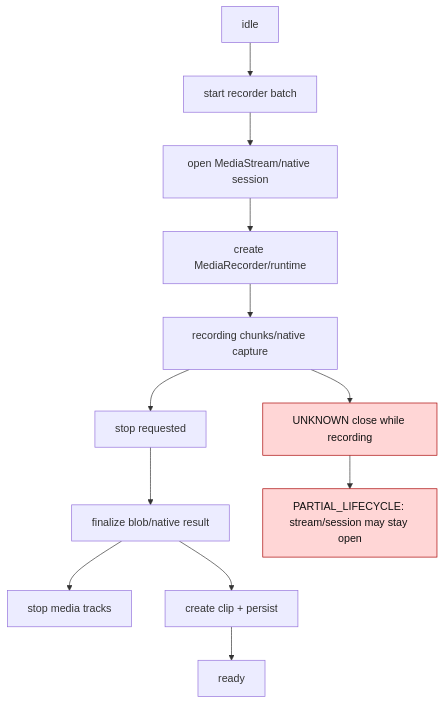
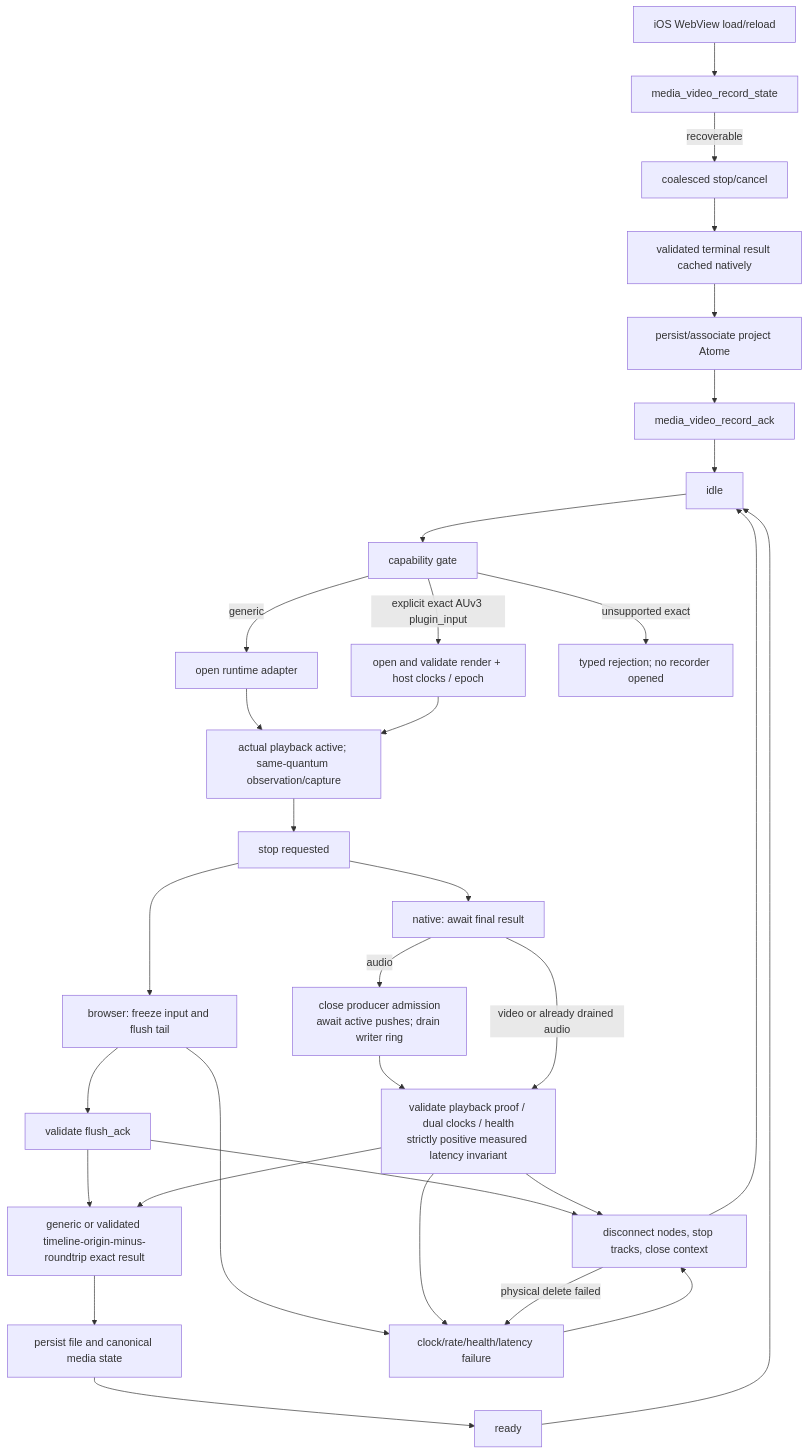
Before and after one commit to atomecorp/a: the diagram in atome/documentations/graphs/media-recording/06-lifecycle-graph.md, drawn with Mermaid. The commit also changed 119 other files, not shown here.

````diff
--- a/atome/documentations/graphs/media-recording/06-lifecycle-graph.md
+++ b/atome/documentations/graphs/media-recording/06-lifecycle-graph.md
@@ -3,16 +3,38 @@
 ```mermaid
 flowchart TD
-  Idle["idle"] --> Start["start recorder batch"]
-  Start --> Streams["open MediaStream/native session"]
-  Streams --> Recorder["create MediaRecorder/runtime"]
-  Recorder --> Recording["recording chunks/native capture"]
+  Idle["idle"] --> Gate["capability gate"]
+  Gate -->|generic| Opening["open runtime adapter"]
+  Gate -->|explicit exact AUv3 plugin_input| ExactOpening["open and validate render + host clocks / epoch"]
+  Gate -->|unsupported exact| Rejected["typed rejection; no recorder opened"]
+  Opening --> Recording["generic recording"]
+  ExactOpening --> Recording["actual playback active; same-quantum observation/capture"]
   Recording --> Stop["stop requested"]
-  Stop --> Finalize["finalize blob/native result"]
-  Finalize --> StopTracks["stop media tracks"]
-  Finalize --> Persist["create clip + persist"]
+
+  Stop --> BrowserFlush["browser: freeze input and flush tail"]
+  BrowserFlush --> BrowserAck["validate flush_ack"]
+  Stop --> NativeDone["native: await final result"]
+  NativeDone -->|audio| ProducerDrain["close producer admission\nawait active pushes; drain writer ring"]
+  ProducerDrain --> Health["validate playback proof / dual clocks / health\nstrictly positive measured latency invariant"]
+  NativeDone -->|video or already drained audio| Health
+
+  BrowserAck --> Cleanup["disconnect nodes, stop tracks, close context"]
+  Health --> Cleanup
+  BrowserAck --> Result["generic result"]
+  Health --> Result["generic or validated timeline-origin-minus-roundtrip exact result"]
+  Result --> Persist["persist file and canonical media state"]
   Persist --> Ready["ready"]
-  Recording --> CloseUnknown["UNKNOWN close while recording"]:::risk
-  CloseUnknown --> Leak["PARTIAL_LIFECYCLE: stream/session may stay open"]:::risk
 
-  classDef risk fill:#ffd6d6,stroke:#a80000,color:#111
+  BrowserFlush --> Failure["typed failure"]
+  Health --> Failure["clock/rate/health/latency failure"]
+  Failure --> Cleanup
+  Cleanup -->|physical delete failed| Failure
+  Cleanup --> Idle
+  Ready --> Idle
+
+  VideoReload["iOS WebView load/reload"] --> VideoState["media_video_record_state"]
+  VideoState -->|recoverable| VideoStop["coalesced stop/cancel"]
+  VideoStop --> VideoTerminal["validated terminal result cached natively"]
+  VideoTerminal --> VideoPersist["persist/associate project Atome"]
+  VideoPersist --> VideoAck["media_video_record_ack"]
+  VideoAck --> Idle
 ```
````
